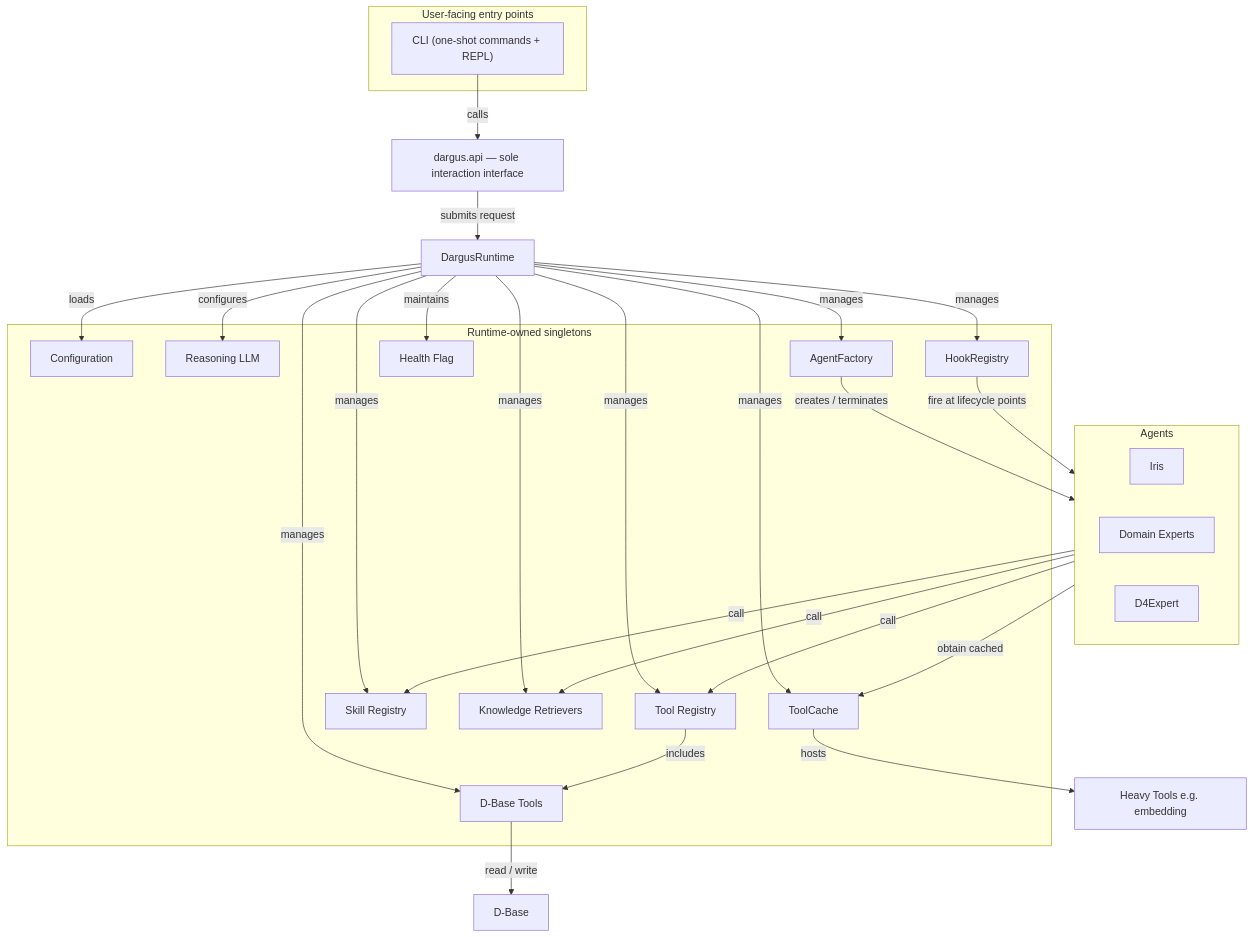
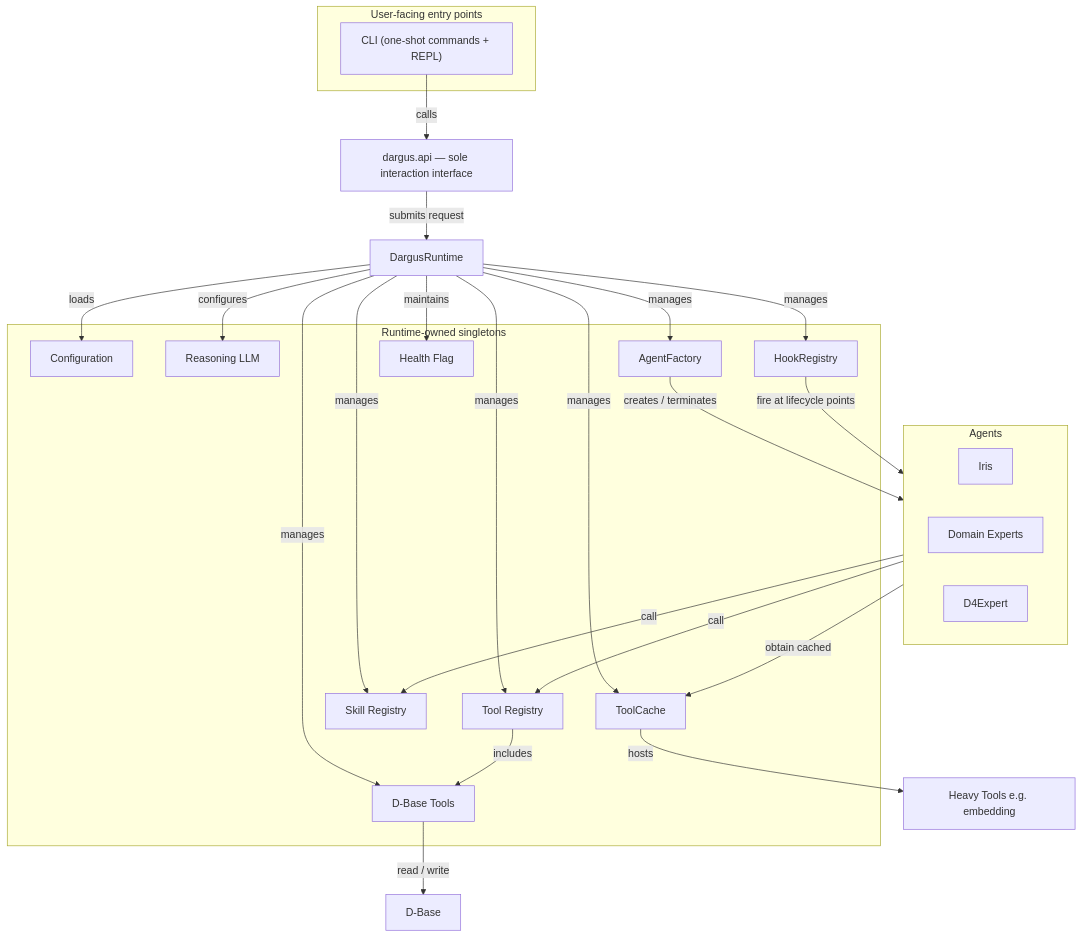
One commit to Moke110/Dargus changed the diagram in design/3_runtime.md. Above: the diagram before and after it, drawn with Mermaid. The commit also changed other lines of this file and 14 other files, not shown here.

````diff
--- a/design/3_runtime.md
+++ b/design/3_runtime.md
@@ -29,54 +28,51 @@
 ```mermaid
 flowchart TB
     subgraph EntryPoints["User-facing entry points"]
         CLI["CLI (one-shot commands + REPL)"]
     end
 
     API["dargus.api — sole interaction interface"]
     Runtime[DargusRuntime]
 
     subgraph Singletons["Runtime-owned singletons"]
         Config[Configuration]
         LLM[Reasoning LLM]
         ToolReg[Tool Registry]
         SkillReg[Skill Registry]
-        KnowReg[Knowledge Retrievers]
         DBTools[D-Base Tools]
         HookReg[HookRegistry]
         Factory[AgentFactory]
         Cache[ToolCache]
         Health[Health Flag]
     end
 
     CLI -->|calls| API
     API -->|submits request| Runtime
 
     Runtime -->|loads| Config
     Runtime -->|configures| LLM
     Runtime -->|manages| ToolReg
     Runtime -->|manages| SkillReg
-    Runtime -->|manages| KnowReg
     Runtime -->|manages| DBTools
     Runtime -->|manages| HookReg
     Runtime -->|manages| Factory
     Runtime -->|manages| Cache
     Runtime -->|maintains| Health
 
     Factory -->|creates / terminates| Agents
     subgraph Agents["Agents"]
         Iris[Iris]
         Domain[Domain Experts]
         D4[D4Expert]
     end
 
     Agents -->|call| ToolReg
     Agents -->|call| SkillReg
-    Agents -->|call| KnowReg
     ToolReg -->|includes| DBTools
     DBTools -->|read / write| DBase[D-Base]
 
     Cache -->|hosts| Heavy[Heavy Tools e.g. embedding]
     Agents -->|obtain cached| Cache
 
     HookReg -->|fire at lifecycle points| Agents
 ```
````
